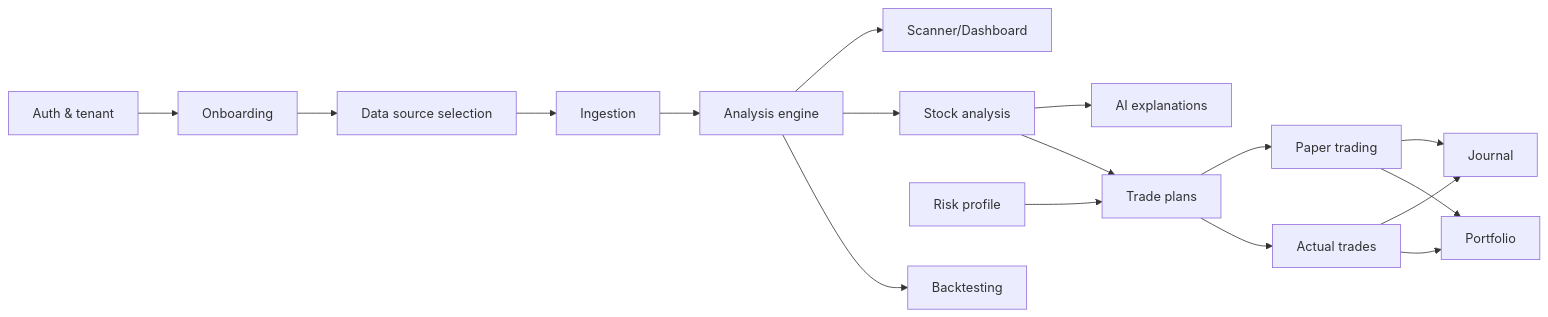
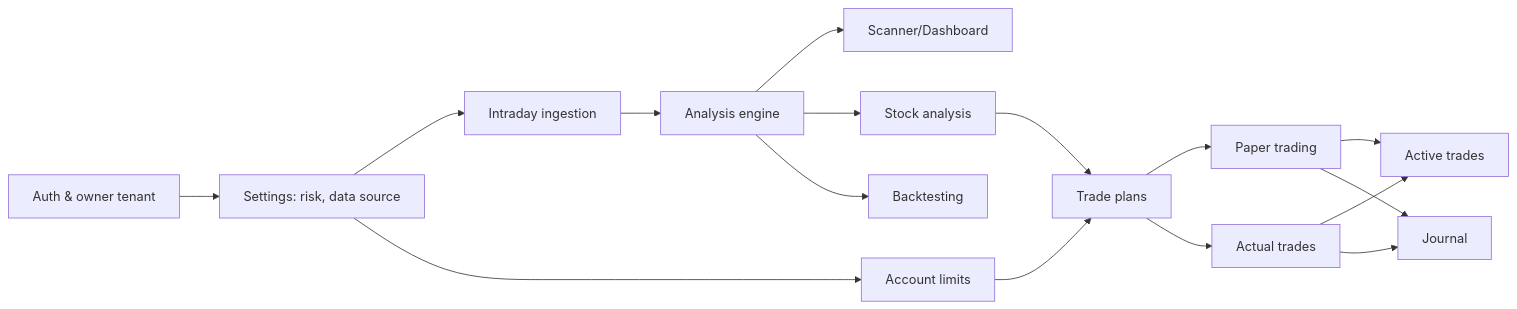
The diagram in docs/product/03_PRD.md (anirbancodes69/price-action-ai), drawn with Mermaid before and after one commit. The commit also changed other lines of this file and 109 other files, not shown here.

````diff
--- a/docs/product/03_PRD.md
+++ b/docs/product/03_PRD.md
@@ -278,19 +279,18 @@
 ```mermaid
 flowchart LR
-  AUTH[Auth & tenant] --> ONB[Onboarding]
-  ONB --> DS[Data source selection]
-  DS --> ING[Ingestion]
+  AUTH[Auth & owner tenant] --> SET[Settings: risk, data source]
+  SET --> ING[Intraday ingestion]
   ING --> ANA[Analysis engine]
   ANA --> SCAN[Scanner/Dashboard]
   ANA --> SA[Stock analysis]
-  SA --> AI[AI explanations]
-  RISK[Risk profile] --> PLAN[Trade plans]
+  SET --> RISK[Account limits]
+  RISK --> PLAN[Trade plans]
   SA --> PLAN
   PLAN --> PAPER[Paper trading]
   PLAN --> ACT[Actual trades]
+  PAPER --> ACTIVE[Active trades]
+  ACT --> ACTIVE
   PAPER --> JRN[Journal]
   ACT --> JRN
   ANA --> BT[Backtesting]
-  PAPER --> PORT[Portfolio]
-  ACT --> PORT
 ```
````
